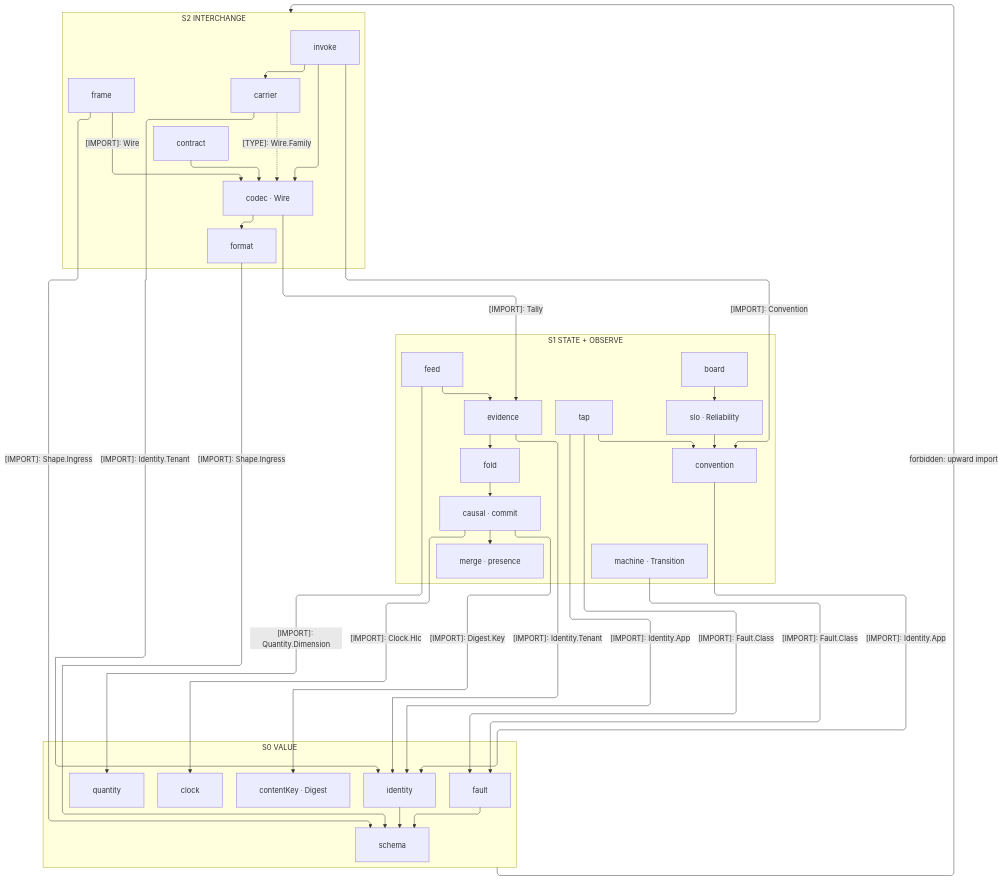
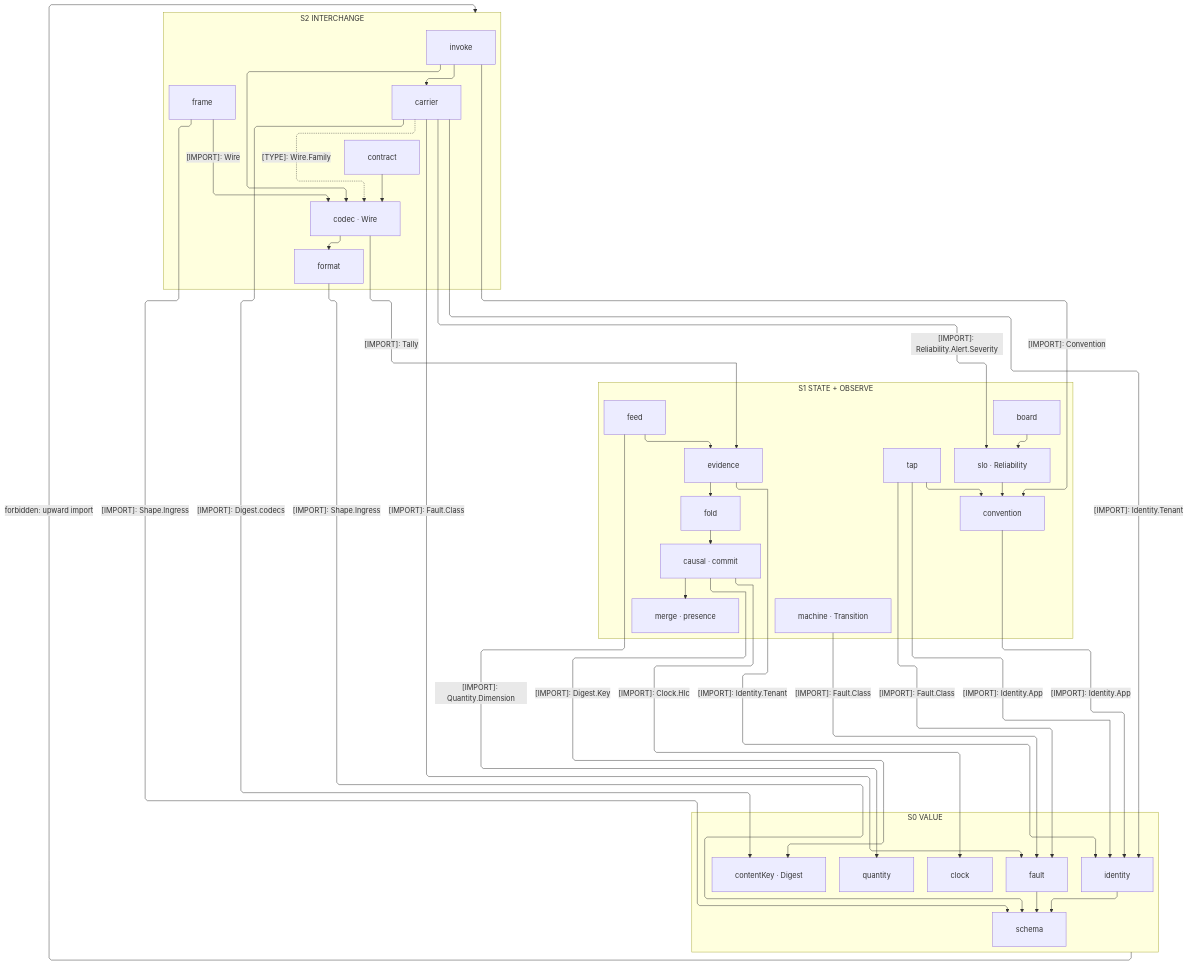
Before and after one commit to bsamiee/Rasm: the first of 4 diagrams in libs/typescript/core/ARCHITECTURE.md, drawn with Mermaid. The commit also changed other lines of this file and 509 other files, not shown here.

````diff
--- a/libs/typescript/core/ARCHITECTURE.md
+++ b/libs/typescript/core/ARCHITECTURE.md
@@ -50,70 +51,73 @@
 ```mermaid
 ---
 config:
   layout: elk
   flowchart:
     curve: linear
     padding: 25
 ---
 flowchart TB
     accTitle: Core interior import strata
     accDescr: Three interior strata — interchange over the state and observe peers onto the value floor; imports downward, one forbidden upward edge.
     subgraph S2["S2 INTERCHANGE"]
         Invoke[invoke]
         CarrierP[carrier]
         Contract[contract]
         Codec[codec · Wire]
         Format[format]
         Frame[frame]
     end
     subgraph S1["S1 STATE + OBSERVE"]
         Tap[tap]
         Board[board]
         Reliability[slo · Reliability]
         Convention[convention]
         Feed[feed]
         Evidence[evidence]
         Transition[machine · Transition]
         Fold[fold]
         Causal["causal · commit"]
         Merge["merge · presence"]
     end
     subgraph S0["S0 VALUE"]
         Identity[identity]
         Quantity[quantity]
         Clock[clock]
         Digest[contentKey · Digest]
         Schema[schema]
         Fault[fault]
     end
     Codec i1@--> Format
     Frame e1@-->|"[IMPORT]: Wire"| Codec
     Contract i2@--> Codec
     Invoke i3@--> Codec
     Invoke i12@--> CarrierP
     CarrierP e19@-.->|"[TYPE]: Wire.Family"| Codec
     Format e20@-->|"[IMPORT]: Shape.Ingress"| Schema
     CarrierP e18@-->|"[IMPORT]: Identity.Tenant"| Identity
+    CarrierP e30@-->|"[IMPORT]: Digest.codecs"| Digest
+    CarrierP e31@-->|"[IMPORT]: Fault.Class"| Fault
+    CarrierP e32@-->|"[IMPORT]: Reliability.Alert.Severity"| Reliability
     Codec e2@-->|"[IMPORT]: Tally"| Evidence
     Invoke e3@-->|"[IMPORT]: Convention"| Convention
     Frame e4@-->|"[IMPORT]: Shape.Ingress"| Schema
     Causal e5@-->|"[IMPORT]: Clock.Hlc"| Clock
     Causal i4@--> Merge
     Causal e6@-->|"[IMPORT]: Digest.Key"| Digest
     Fold i5@--> Causal
     Evidence i6@--> Fold
     Evidence e7@-->|"[IMPORT]: Identity.Tenant"| Identity
     Feed i7@--> Evidence
     Feed e8@-->|"[IMPORT]: Quantity.Dimension"| Quantity
     Transition e21@-->|"[IMPORT]: Fault.Class"| Fault
     Reliability i8@--> Convention
     Tap i12@--> Convention
     Board i9@--> Reliability
     Convention e9@-->|"[IMPORT]: Identity.App"| Identity
     Tap e10@-->|"[IMPORT]: Fault.Class"| Fault
     Tap e11@-->|"[IMPORT]: Identity.App"| Identity
     Identity i10@--> Schema
     Fault i11@--> Schema
     Invoke ~~~ Board
     S0 f1@-->|"forbidden: upward import"| S2
 ```
````
